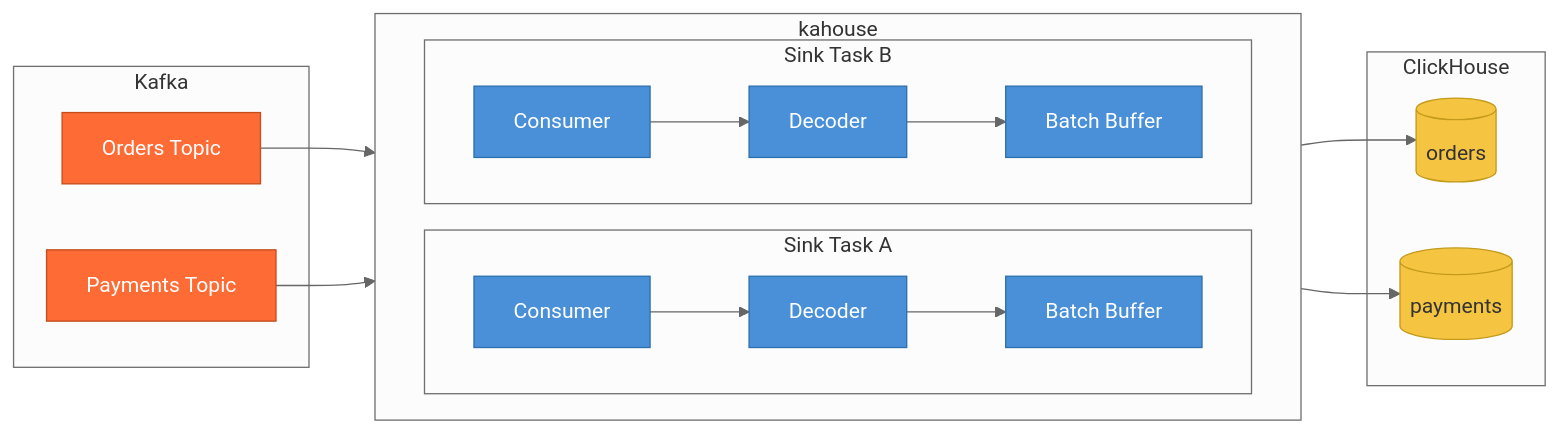
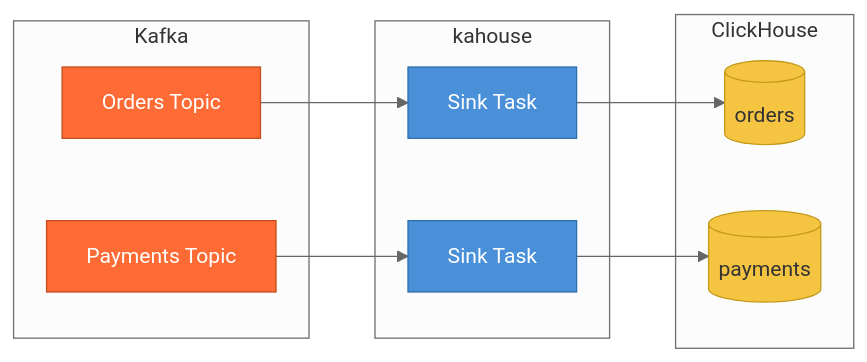
The diagram in README.md (braislchao/kahouse), drawn with Mermaid (neutral theme) before and after one commit. The commit also changed other lines of this file, not shown here.

Commit message:
Simplify architecture diagram to match single-loop sink model

````diff
--- a/README.md
+++ b/README.md
@@ -5,31 +5,24 @@
 ```mermaid
 graph LR
     subgraph Kafka
         T1[Orders Topic]:::kafka
         T2[Payments Topic]:::kafka
     end
 
     subgraph kahouse
-        direction LR
-        subgraph "Sink Task A"
-            C1[Consumer]:::pipeline --> D1[Decoder]:::pipeline --> B1[Batch Buffer]:::pipeline
-        end
-        subgraph "Sink Task B"
-            C2[Consumer]:::pipeline --> D2[Decoder]:::pipeline --> B2[Batch Buffer]:::pipeline
-        end
+        S1[Sink Task]:::pipeline
+        S2[Sink Task]:::pipeline
     end
 
     subgraph ClickHouse
         CH1[(orders)]:::clickhouse
         CH2[(payments)]:::clickhouse
     end
 
-    T1 --> C1
-    T2 --> C2
-    B1 --> CH1
-    B2 --> CH2
+    T1 --> S1 --> CH1
+    T2 --> S2 --> CH2
 
     classDef kafka fill:#ff6b35,stroke:#c44d1a,color:#fff
     classDef pipeline fill:#4a90d9,stroke:#2c6fad,color:#fff
     classDef clickhouse fill:#f5c542,stroke:#c49a1a,color:#333
 ```
````
